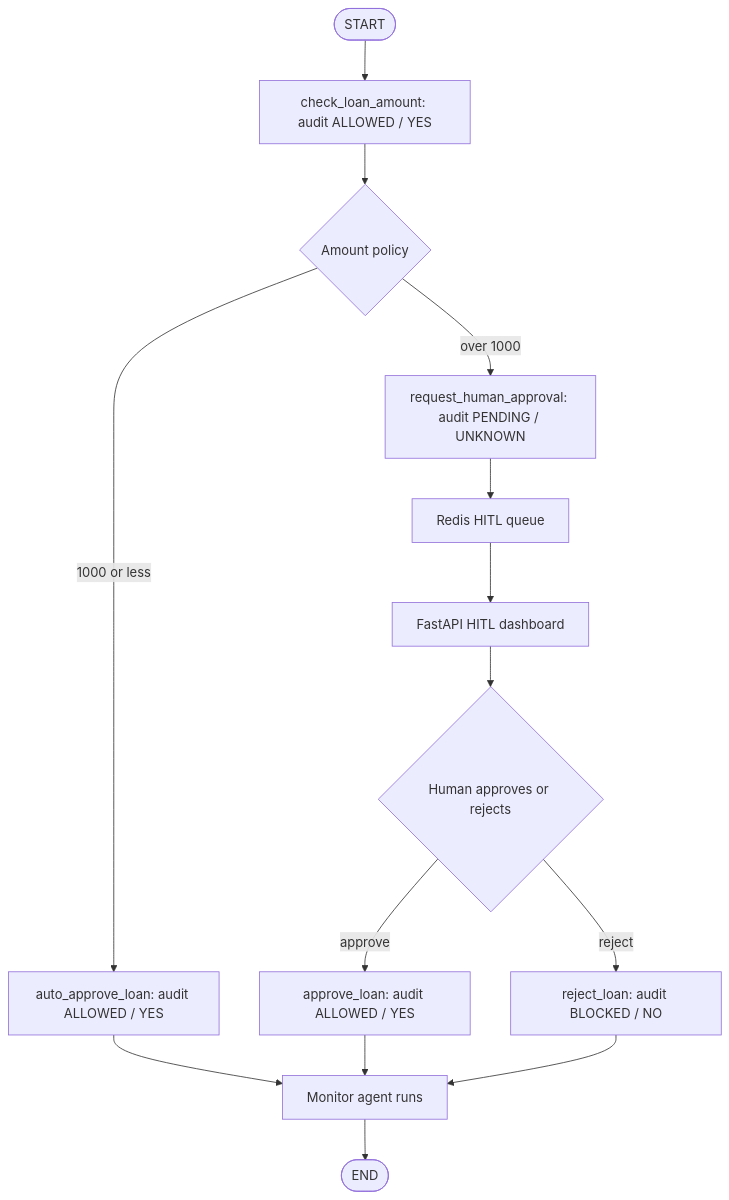
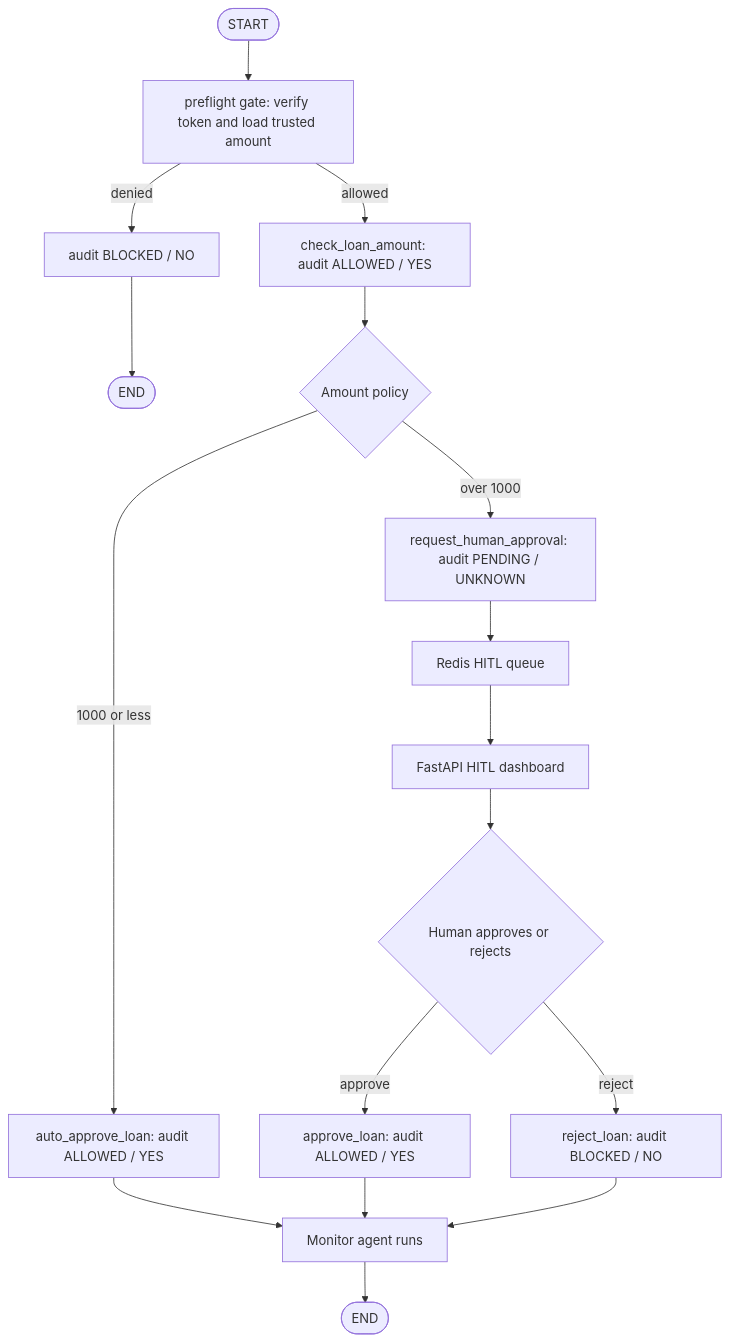
One commit to ankitnegi-dev/truvanai-poc changed the second of 4 diagrams in README.md. Above: the diagram before and after it, drawn with Mermaid. The commit also changed other lines of this file and 9 other files, not shown here.

Commit message:
feat: add preflight loan security gate

````diff
--- a/README.md
+++ b/README.md
@@ -322,16 +329,19 @@
 ```mermaid
 flowchart TD
-    Start(["START"]) --> Check["check_loan_amount: audit ALLOWED / YES"]
+    Start(["START"]) --> Gate["preflight gate: verify token and load trusted amount"]
+    Gate -->|"denied"| Blocked["audit BLOCKED / NO"]
+    Blocked --> BlockedEnd(["END"])
+    Gate -->|"allowed"| Check["check_loan_amount: audit ALLOWED / YES"]
     Check --> Router{"Amount policy"}
     Router -->|"1000 or less"| Auto["auto_approve_loan: audit ALLOWED / YES"]
     Router -->|"over 1000"| Hitl["request_human_approval: audit PENDING / UNKNOWN"]
     Hitl --> Redis["Redis HITL queue"]
     Redis --> Dashboard["FastAPI HITL dashboard"]
     Dashboard --> Decision{"Human approves or rejects"}
     Decision -->|"approve"| ApproveAudit["approve_loan: audit ALLOWED / YES"]
     Decision -->|"reject"| RejectAudit["reject_loan: audit BLOCKED / NO"]
     Auto --> Monitor["Monitor agent runs"]
     ApproveAudit --> Monitor
     RejectAudit --> Monitor
     Monitor --> End(["END"])
 ```
````
